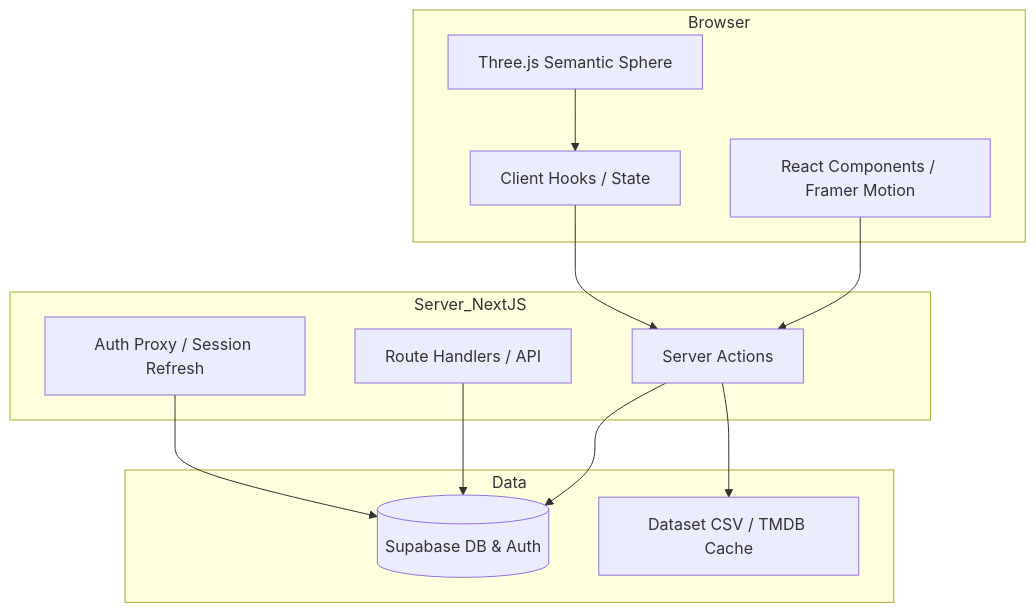
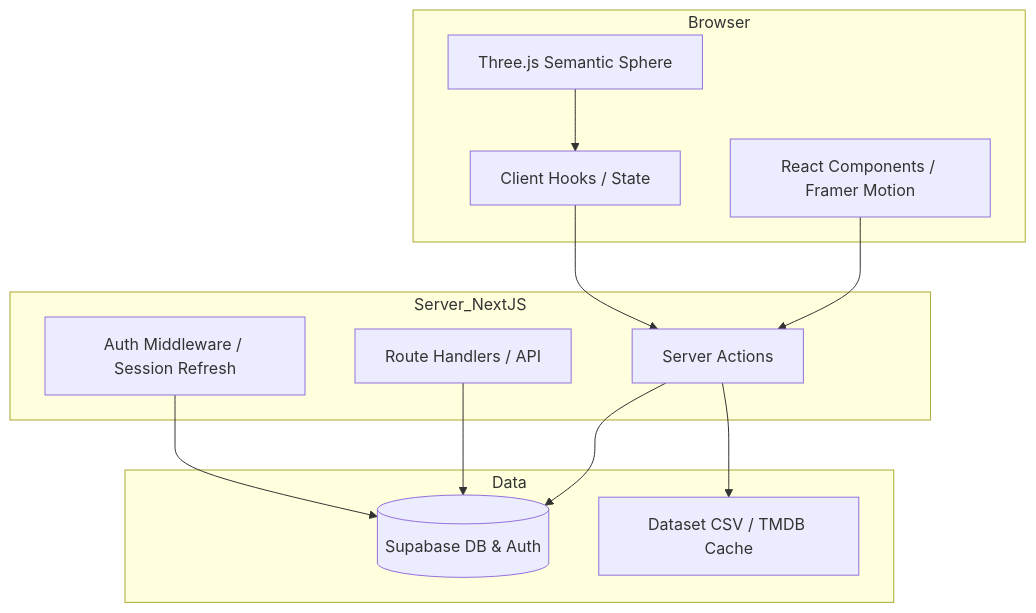
One commit to nozappcommercial/nozapp changed the diagram in docs/architecture.md. Above: the diagram before and after it, drawn with Mermaid. The commit also changed other lines of this file and 18 other files, not shown here.

````diff
--- a/docs/architecture.md
+++ b/docs/architecture.md
@@ -34,27 +35,27 @@
 ```mermaid
 graph TB
     subgraph Browser
         UI[React Components / Framer Motion]
         Engine[Three.js Semantic Sphere]
         Hooks[Client Hooks / State]
     end
 
     subgraph Server_NextJS
         SA[Server Actions]
         RH[Route Handlers / API]
-        Proxy[Auth Proxy / Session Refresh]
+        Middleware[Auth Middleware / Session Refresh]
     end
 
     subgraph Data
         Supabase[(Supabase DB & Auth)]
         CSV[Dataset CSV / TMDB Cache]
     end
 
     UI --> SA
     Engine --> Hooks
     Hooks --> SA
     SA --> Supabase
     RH --> Supabase
     SA --> CSV
-    Proxy --> Supabase
+    Middleware --> Supabase
 ```
````
